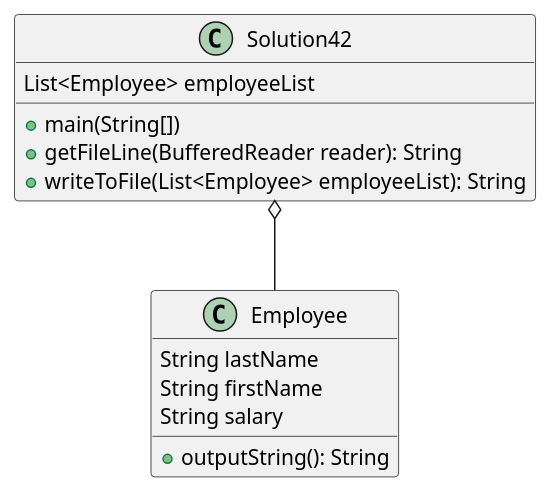
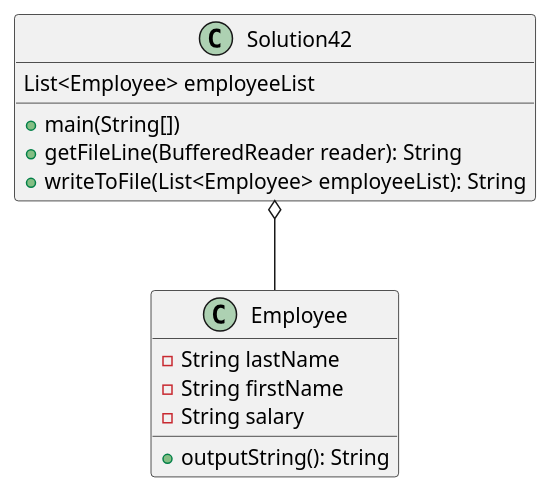
One commit to nader-fares/fares-a04 changed the diagram in exercise42/docs/main.puml. Above: the diagram before and after it, drawn with PlantUML. The commit also changed 58 other files, not shown here.

```diff
--- a/exercise42/docs/main.puml
+++ b/exercise42/docs/main.puml
@@ -1,19 +1,20 @@
 @startuml
 'https://plantuml.com/sequence-diagram
 
 
 class Solution42 {
 List<Employee> employeeList
 +main(String[])
 +getFileLine(BufferedReader reader): String
 +writeToFile(List<Employee> employeeList): String
 }
 
 class Employee {
-String lastName
-String firstName
-String salary
+-String lastName
+-String firstName
+-String salary
+'constructor
 +outputString(): String
 }
 Solution42 o-- Employee
 @enduml
```
